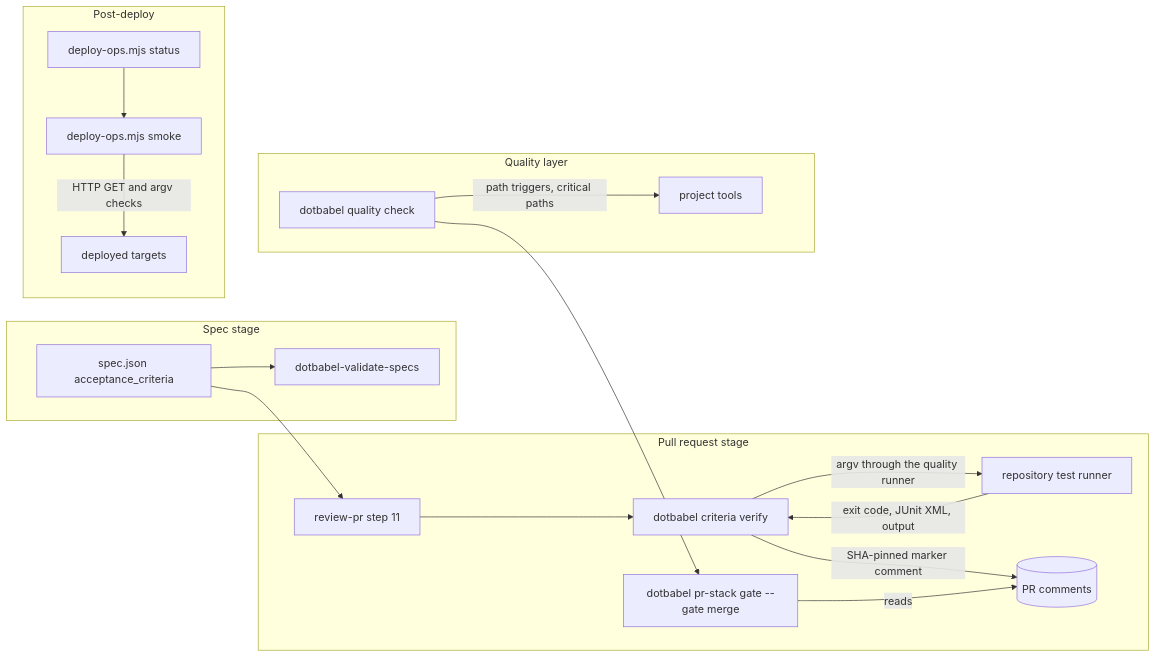
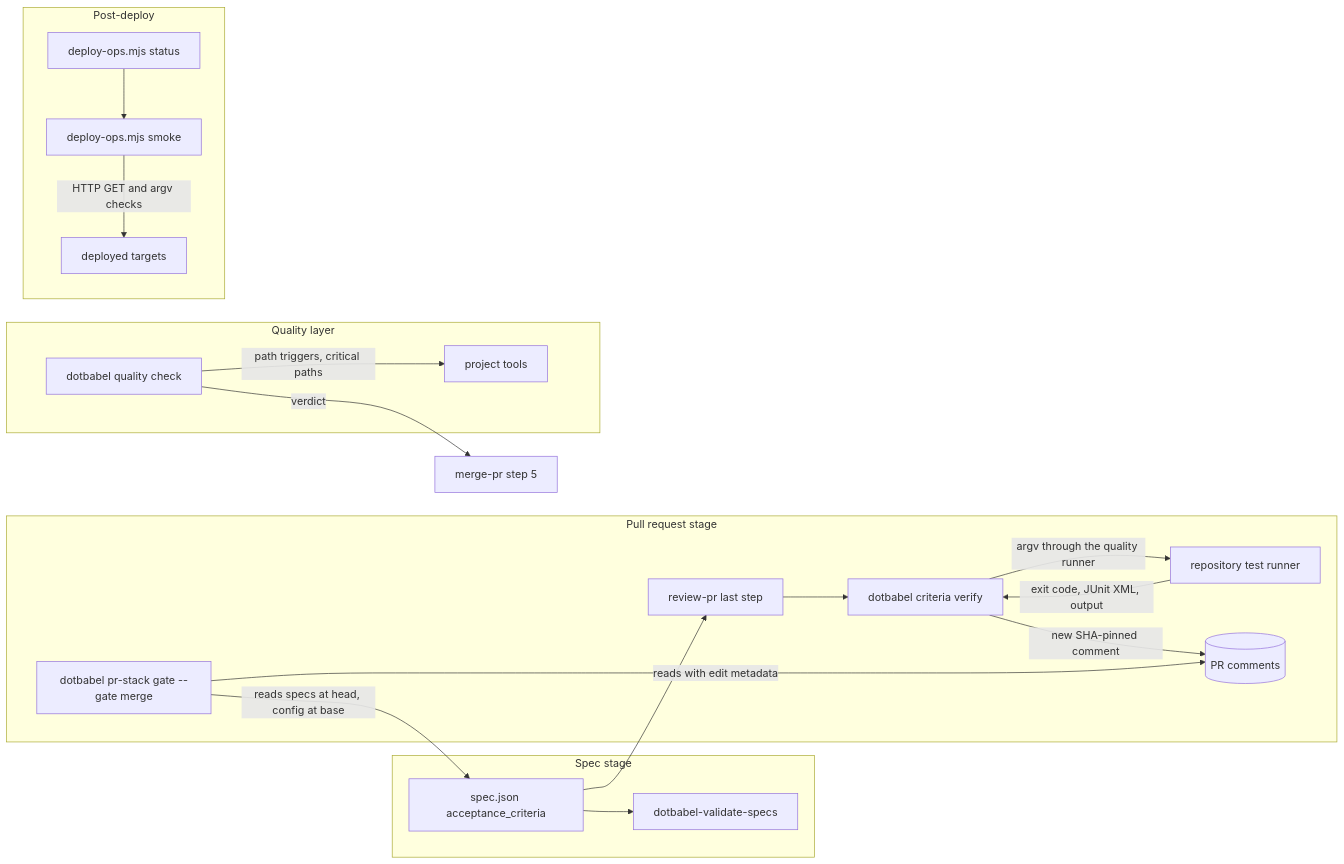
Before and after one commit to kaiohenricunha/dotbabel: the diagram in docs/specs/qa-verification-harness/spec/3-high-level-architecture.md, drawn with Mermaid. The commit also changed other lines of this file and 9 other files, not shown here.

First line of the commit message:
docs(specs): address PR review on the QA verification harness spec [skip ci]

````diff
--- a/docs/specs/qa-verification-harness/spec/3-high-level-architecture.md
+++ b/docs/specs/qa-verification-harness/spec/3-high-level-architecture.md
@@ -17,22 +17,23 @@
 ```mermaid
 flowchart LR
   subgraph SpecStage[Spec stage]
     SJ[spec.json acceptance_criteria] --> VS[dotbabel-validate-specs]
   end
   subgraph PRStage[Pull request stage]
-    RP[review-pr step 11] --> CV[dotbabel criteria verify]
+    RP[review-pr last step] --> CV[dotbabel criteria verify]
     CV -->|argv through the quality runner| TR[repository test runner]
     TR -->|exit code, JUnit XML, output| CV
-    CV -->|SHA-pinned marker comment| GC[(PR comments)]
-    MG[dotbabel pr-stack gate --gate merge] -->|reads| GC
+    CV -->|new SHA-pinned comment| GC[(PR comments)]
+    MG[dotbabel pr-stack gate --gate merge] -->|reads with edit metadata| GC
+    MG -->|reads specs at head, config at base| SJ
   end
   subgraph QualityLayer[Quality layer]
     QC[dotbabel quality check] -->|path triggers, critical paths| PT[project tools]
   end
   subgraph PostDeploy[Post-deploy]
     DS[deploy-ops.mjs status] --> SM[deploy-ops.mjs smoke]
     SM -->|HTTP GET and argv checks| DT[deployed targets]
   end
   SJ --> RP
-  QC --> MG
+  QC -->|verdict| MP[merge-pr step 5]
 ```
````
